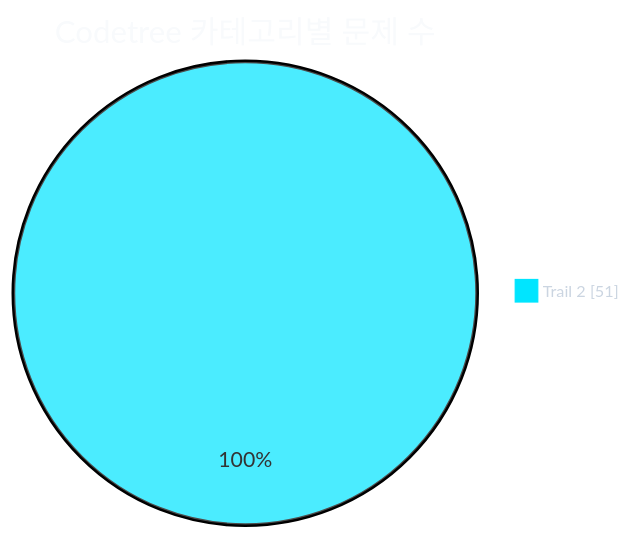
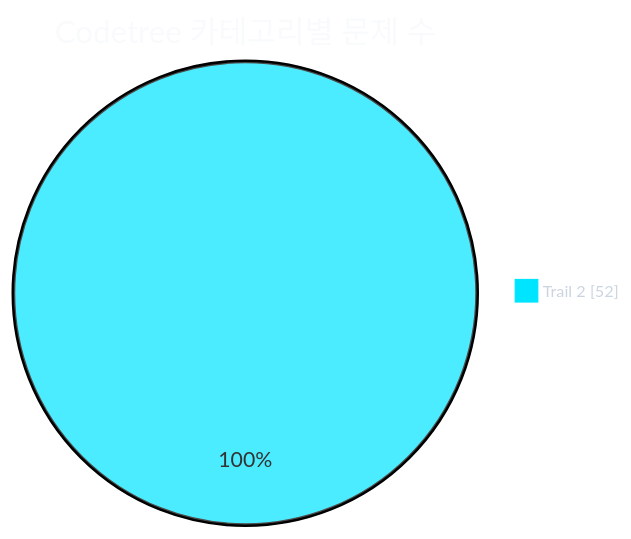
Before and after one commit to CHOOSLA/Algorithm: the first of 2 diagrams in readme.md, drawn with Mermaid. The commit also changed other lines of this file and 2 other files, not shown here.

````diff
--- a/readme.md
+++ b/readme.md
@@ -31,21 +31,21 @@
 ```mermaid
 ---
 config:
   theme: base
   themeVariables:
     background: '#0d1117'
     pieTitleTextColor: '#f8fafc'
     pieLegendTextColor: '#cbd5e1'
     pieLegendTextSize: '13px'
     pie1: '#00e5ff'
     pie2: '#22c55e'
     pie3: '#f59e0b'
     pie4: '#a855f7'
     pie5: '#ec4899'
     pie6: '#3b82f6'
     pie7: '#64748b'
 ---
 pie showData
   title Codetree 카테고리별 문제 수
-  "Trail 2" : 51
+  "Trail 2" : 52
 ```
````
